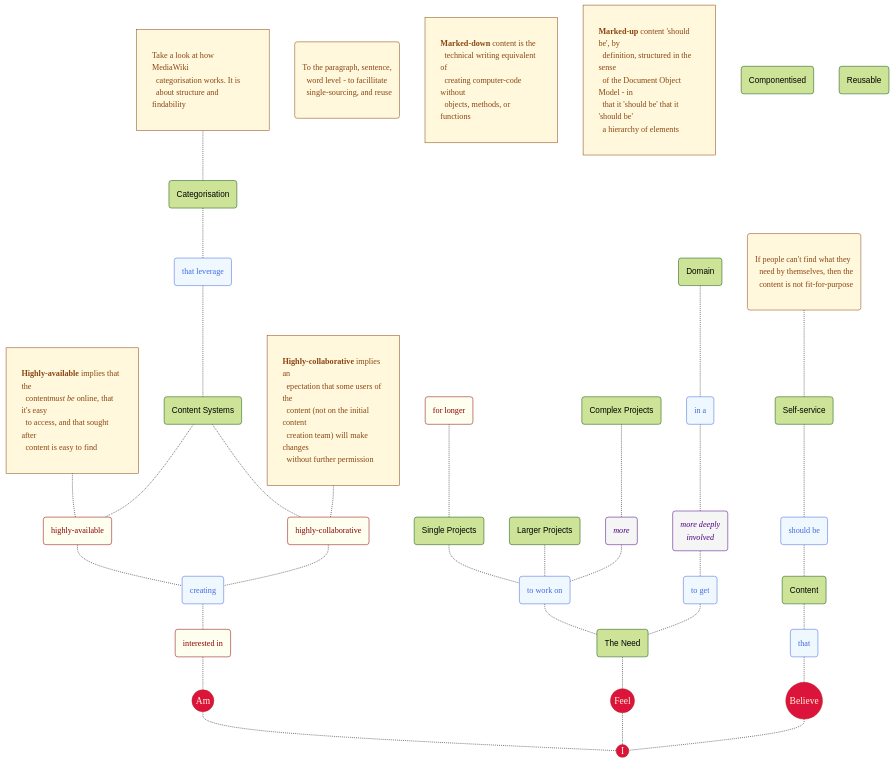
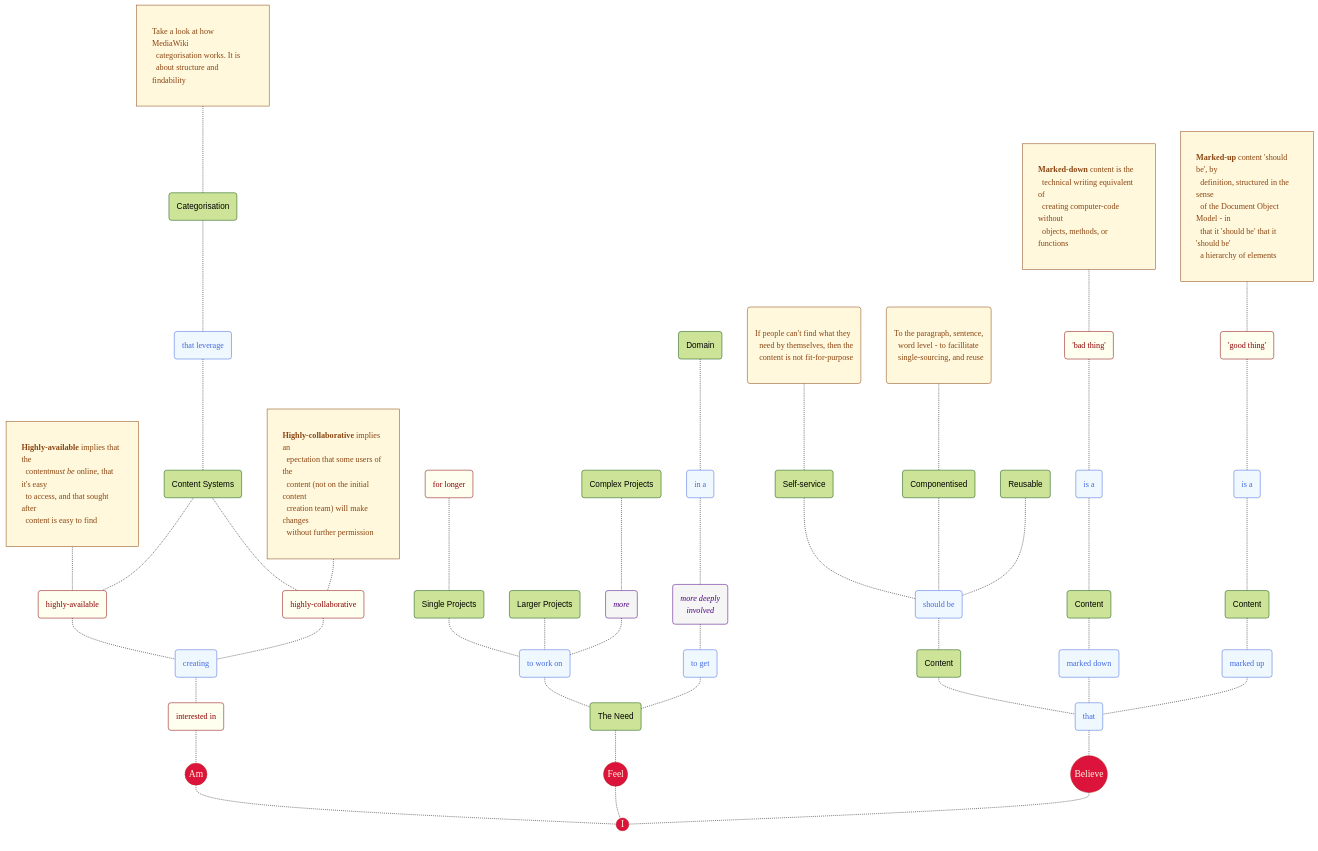
One commit to joe-dorward/samples changed the diagram in my_mermaid_mindmap_2.md. Above: the diagram before and after it, drawn with Mermaid.

````diff
--- a/my_mermaid_mindmap_2.md
+++ b/my_mermaid_mindmap_2.md
@@ -98,9 +98,30 @@
   class SHOULD_BE_1,THAT_1 Verb;
 
   SELF_SERVICE_NOTE-.-SELF_SERVICE-.-SHOULD_BE_1
+  COMPONENTISED_NOTE-.-COMPONENTISED-.-SHOULD_BE_1
+  REUSABLE-.-SHOULD_BE_1
 
-  SHOULD_BE_1-.-
-  CONTENT_1-.-
-  THAT_1-.-
-  BELIEVE-.-I
+  SHOULD_BE_1-.-CONTENT_1-.-THAT_1
+
+  %% ---------- ---------- ---------- ---------- ----------
+  BAD_THING("'bad thing'")
+  IS_A_1("is a")
+  MARKED_DOWN_CONTENT("Content")
+  MARKED_DOWN("marked down")
+
+  GOOD_THING("'good thing'")
+  IS_A_2("is a")
+  MARKED_UP_CONTENT("Content")
+  MARKED_UP("marked up")
+
+  class GOOD_THING,BAD_THING Adjective;
+  class MARKED_DOWN,IS_A_1,MARKED_UP,IS_A_2 Verb;
+
+  MARKED_DOWN_CONTENT_NOTE-.-BAD_THING-.-IS_A_1-.-MARKED_DOWN_CONTENT-.-MARKED_DOWN-.-THAT_1
+  MARKED_UP_CONTENT_NOTE-.-GOOD_THING-.-IS_A_2-.-MARKED_UP_CONTENT-.-MARKED_UP-.-THAT_1
+  %% ---------- ---------- ---------- ---------- ----------
+
+
+
+  THAT_1-.-BELIEVE-.-I
 ```
````
